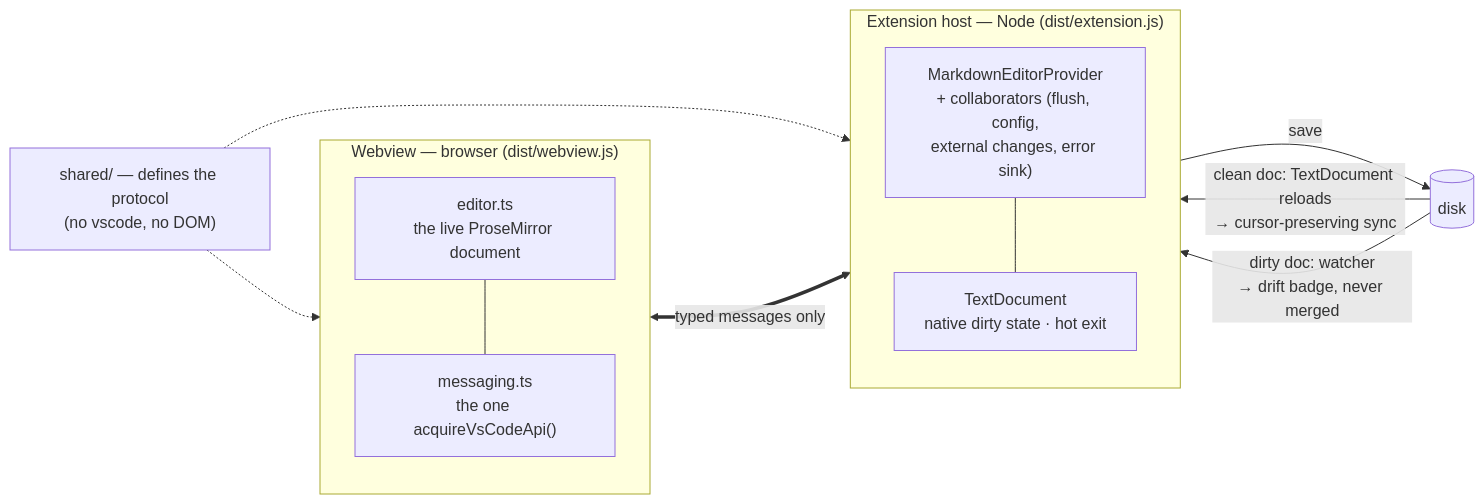
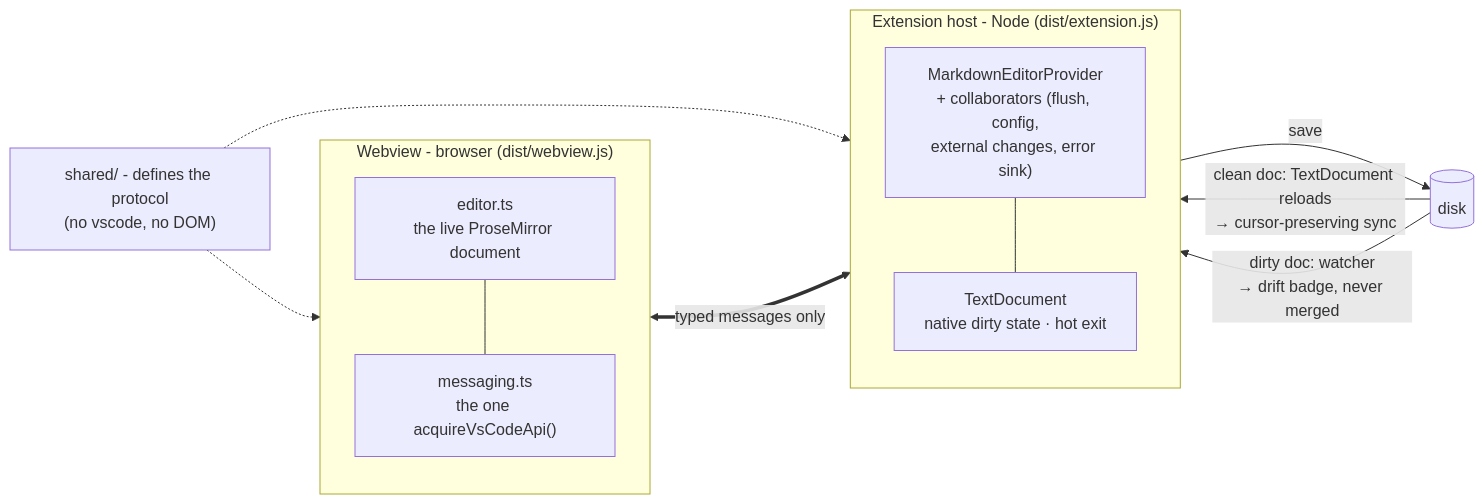
The first of 3 diagrams in docs/ARCHITECTURE.md (harlanlewis/birta-writer), drawn with Mermaid before and after one commit. The commit also changed other lines of this file and 10 other files, not shown here.

````diff
--- a/docs/ARCHITECTURE.md
+++ b/docs/ARCHITECTURE.md
@@ -9,24 +11,24 @@
 ```mermaid
 flowchart LR
-    subgraph WV["Webview — browser (dist/webview.js)"]
+    subgraph WV["Webview - browser (dist/webview.js)"]
         direction TB
         ED["editor.ts<br/>the live ProseMirror document"]
         MW["messaging.ts<br/>the one acquireVsCodeApi()"]
         ED --- MW
     end
-    subgraph EXT["Extension host — Node (dist/extension.js)"]
+    subgraph EXT["Extension host - Node (dist/extension.js)"]
         direction TB
         P["MarkdownEditorProvider<br/>+ collaborators (flush, config,<br/>external changes, error sink)"]
         TD["TextDocument<br/>native dirty state · hot exit"]
         P --- TD
     end
-    SH["shared/ — defines the protocol<br/>(no vscode, no DOM)"]
+    SH["shared/ - defines the protocol<br/>(no vscode, no DOM)"]
     D[("disk")]
 
     MW <==>|"typed messages only"| P
     SH -.-> MW
     SH -.-> P
     TD -->|save| D
     D -->|"clean doc: TextDocument reloads<br/>→ cursor-preserving sync"| P
     D -->|"dirty doc: watcher<br/>→ drift badge, never merged"| P
 ```
````
